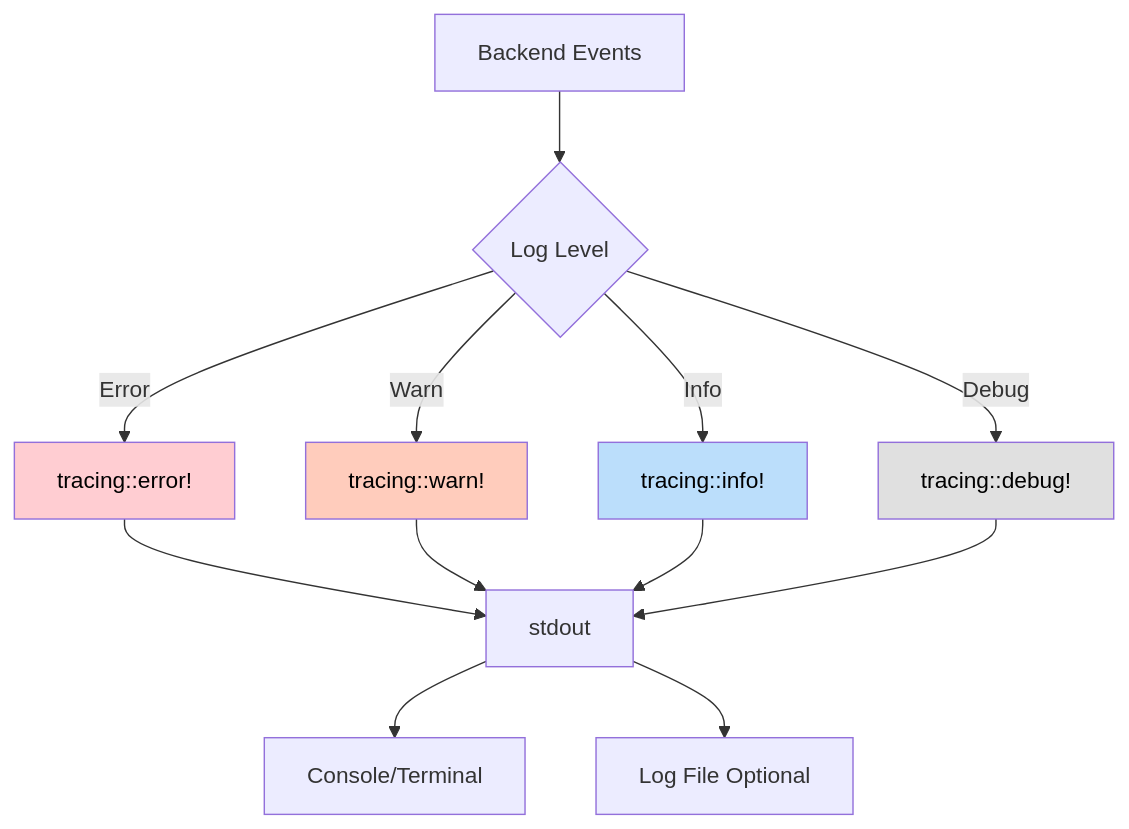
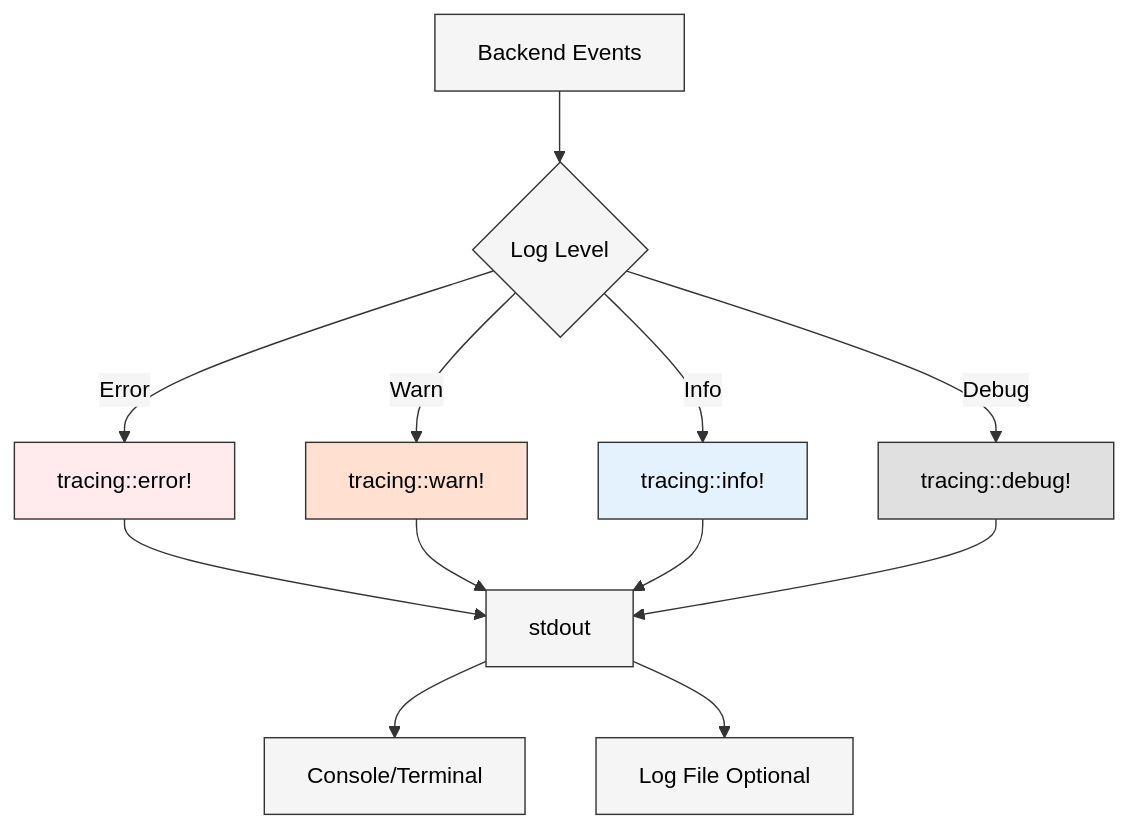
One commit to sw-game-dev/game-mcp-poc changed the fifth of 5 diagrams in wiki/Backend-Architecture.md. Above: the diagram before and after it, drawn with Mermaid. The commit also changed other lines of this file and 6 other files, not shown here.

First line of the commit message:
fix: Improve mermaid diagram contrast with theme and lighter colors

````diff
--- a/wiki/Backend-Architecture.md
+++ b/wiki/Backend-Architecture.md
@@ -489,21 +493,22 @@
 ```mermaid
+%%{init: {'theme':'base', 'themeVariables': {'primaryColor':'#f5f5f5','primaryTextColor':'#000','primaryBorderColor':'#333','lineColor':'#333','secondaryColor':'#f5f5f5','tertiaryColor':'#f5f5f5'}}}%%
 graph TB
     A[Backend Events] --> B{Log Level}
     B -->|Error| C[tracing::error!]
     B -->|Warn| D[tracing::warn!]
     B -->|Info| E[tracing::info!]
     B -->|Debug| F[tracing::debug!]
 
     C --> G[stdout]
     D --> G
     E --> G
     F --> G
 
     G --> H[Console/Terminal]
     G --> I[Log File Optional]
 
-    style C fill:#ffcdd2,color:#000
-    style D fill:#ffccbc,color:#000
-    style E fill:#bbdefb,color:#000
+    style C fill:#ffebee,color:#000
+    style D fill:#ffe0d1,color:#000
+    style E fill:#e3f2fd,color:#000
     style F fill:#e0e0e0,color:#000
 ```
````
